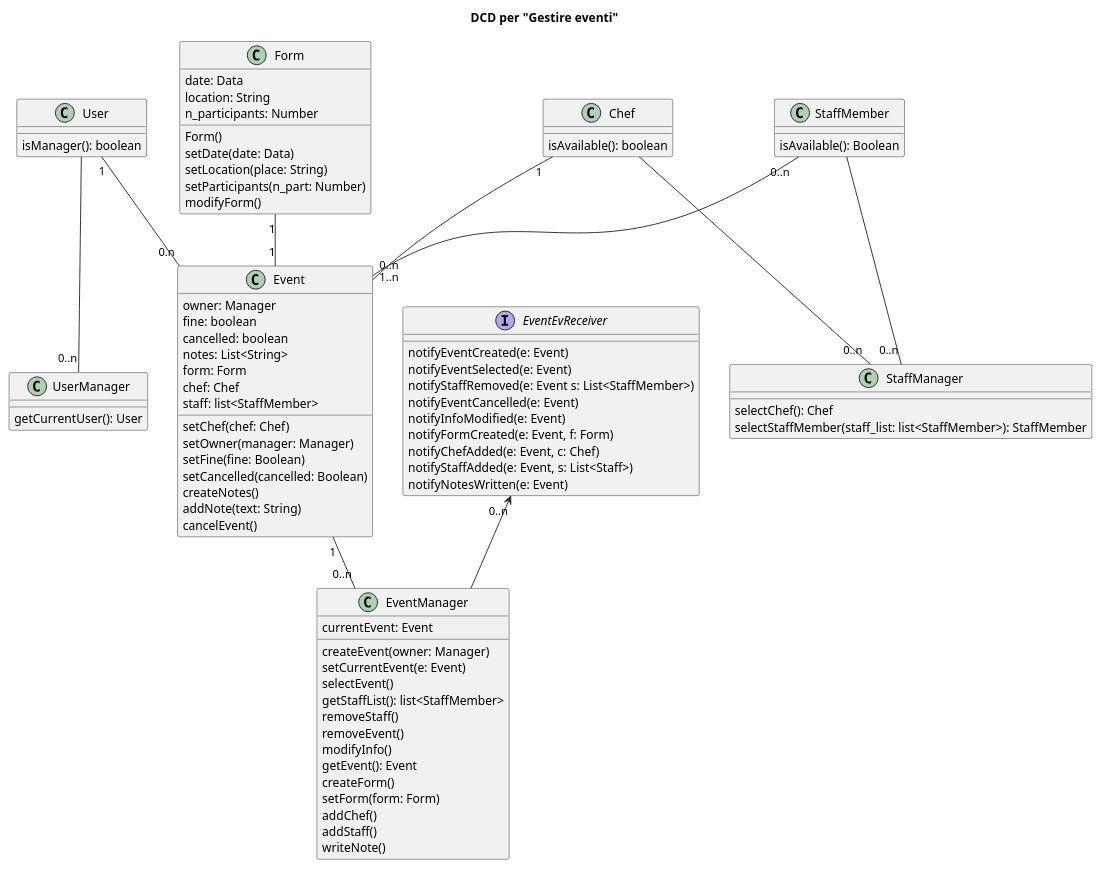
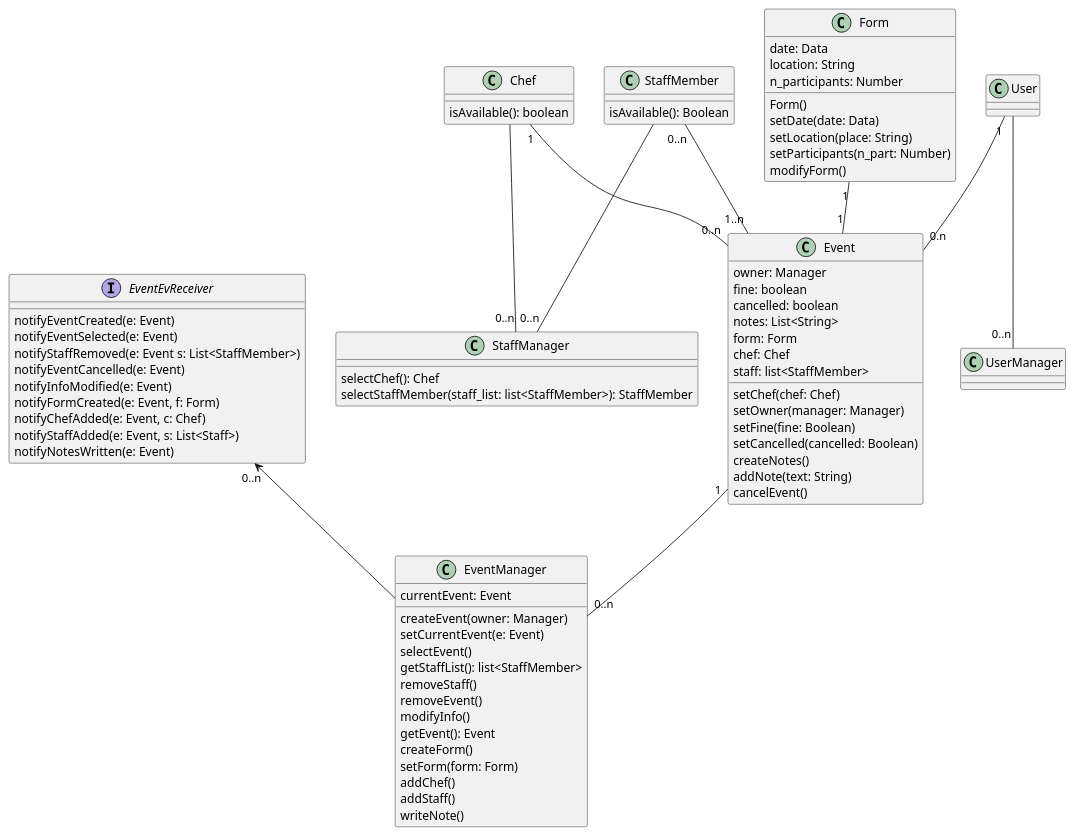
The diagram in dcd/dcd-eventi.md (m0canu1/sas), drawn with PlantUML before and after one commit. The commit also changed 21 other files, not shown here.

````diff
--- a/dcd/dcd-eventi.md
+++ b/dcd/dcd-eventi.md
@@ -1,13 +1,4 @@
 ```plantuml
-title: DCD per "Gestire eventi"
-Class User {
-    isManager(): boolean
-}
-
-Class UserManager {
-    getCurrentUser(): User
-}
-
 Class Event {
     owner: Manager
     fine: boolean
````
